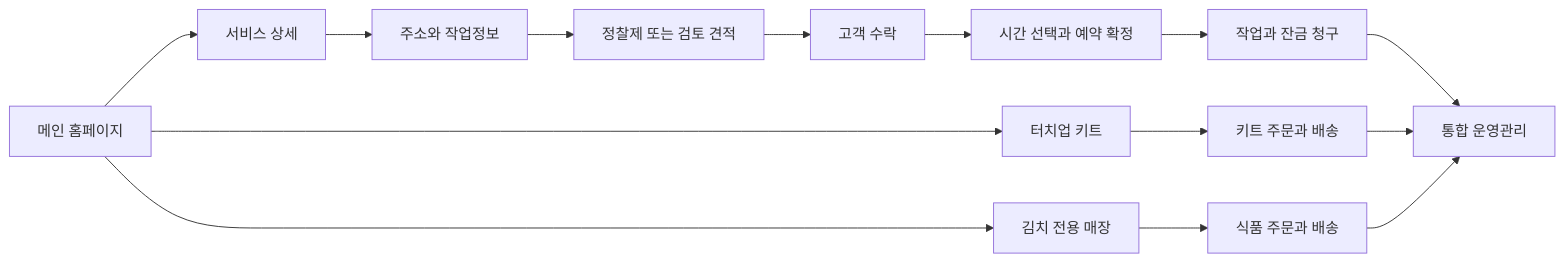
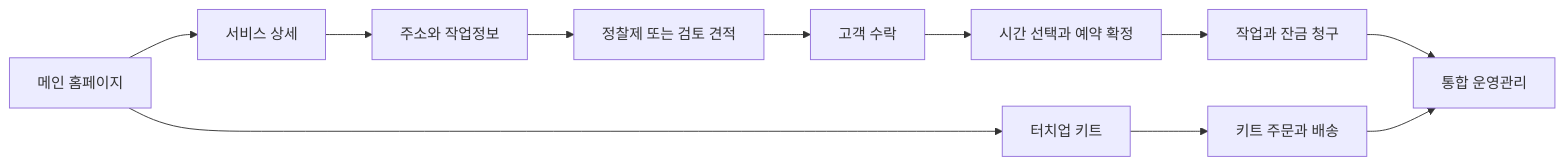
One commit to lnkgroupsydney-hub/lnkgroup changed the diagram in docs/plans/02-information-architecture.md. Above: the diagram before and after it, drawn with Mermaid. The commit also changed other lines of this file and 79 other files, not shown here.

````diff
--- a/docs/plans/02-information-architecture.md
+++ b/docs/plans/02-information-architecture.md
@@ -44,16 +42,13 @@
 ```mermaid
 flowchart LR
   Home[메인 홈페이지] --> Service[서비스 상세]
   Home --> Kits[터치업 키트]
-  Home --> Food[김치 전용 매장]
   Service --> Address[주소와 작업정보]
   Address --> Quote[정찰제 또는 검토 견적]
   Quote --> Accept[고객 수락]
   Accept --> Booking[시간 선택과 예약 확정]
   Booking --> Job[작업과 잔금 청구]
   Kits --> KitOrder[키트 주문과 배송]
-  Food --> FoodOrder[식품 주문과 배송]
   Job --> ERP[통합 운영관리]
   KitOrder --> ERP
-  FoodOrder --> ERP
 ```
````
